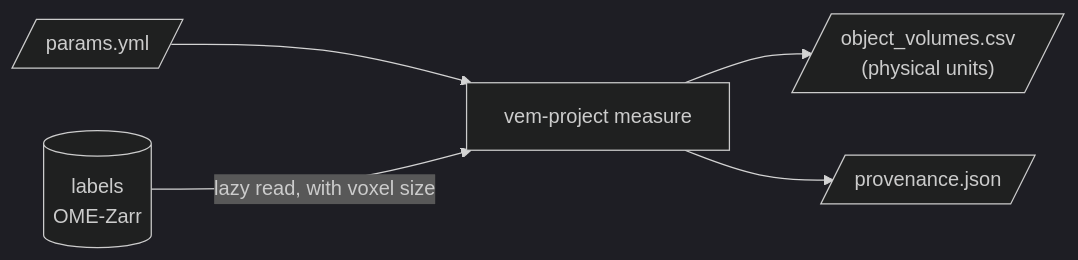
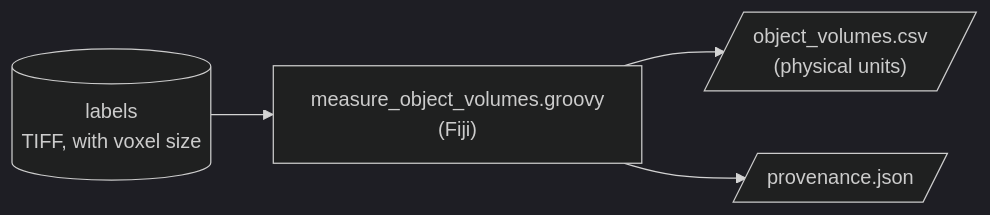
One commit to martlj/test-1 changed the diagram in docs/usage.md. Above: the diagram before and after it, drawn with Mermaid (dark theme). The commit also changed other lines of this file and 25 other files, not shown here.

First line of the commit message:
refactor: make the project fiji-only

````diff
--- a/docs/usage.md
+++ b/docs/usage.md
@@ -3,7 +3,6 @@
 ```mermaid
 flowchart LR
-    params[/"params.yml"/] --> measure
-    labels[("labels<br>OME-Zarr")] -->|lazy read, with voxel size| measure["vem-project measure"]
+    labels[("labels<br>TIFF, with voxel size")] --> measure["measure_object_volumes.groovy<br>(Fiji)"]
     measure --> csv[/"object_volumes.csv<br>(physical units)"/]
     measure --> prov[/"provenance.json"/]
 ```
````
